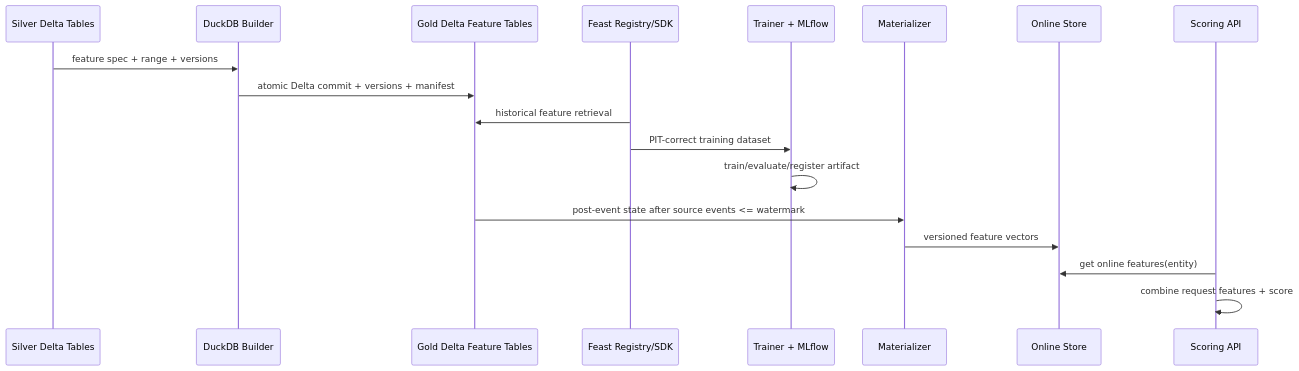
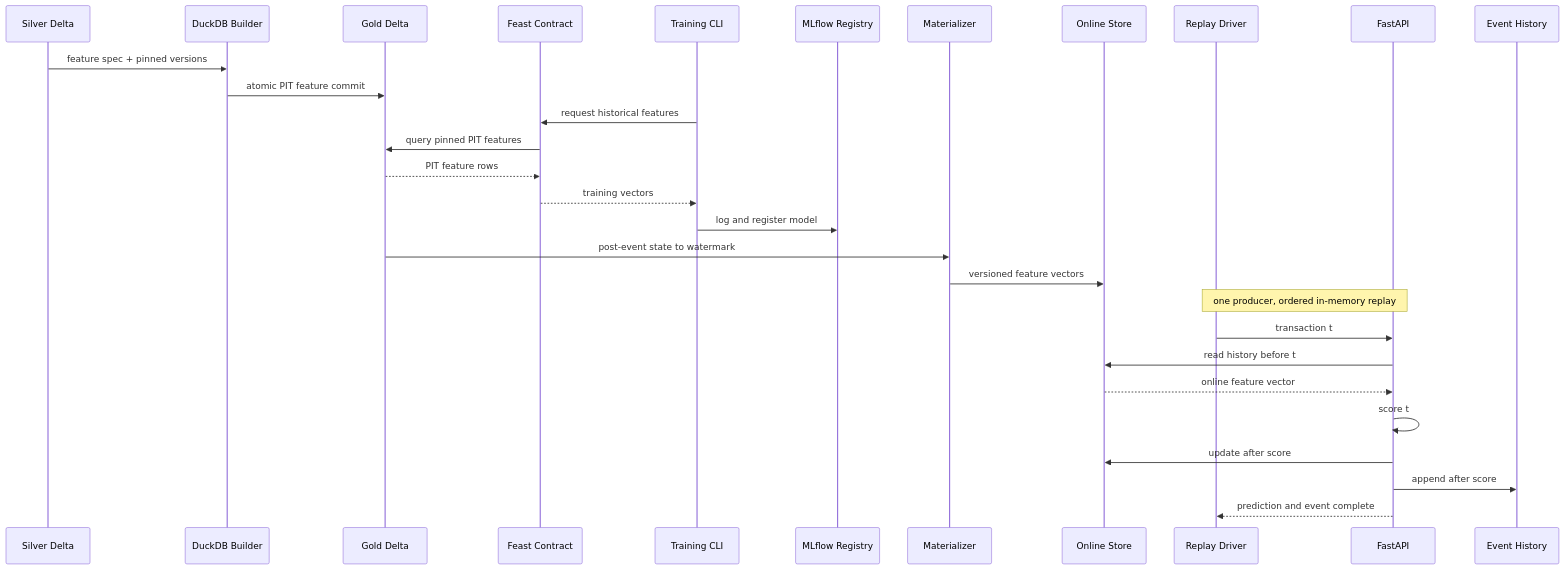
The diagram in docs/feature-store/sprint-2-implementation-guide.md (fishperson113/pit-fintech), drawn with Mermaid before and after one commit. The commit also changed other lines of this file and 17 other files, not shown here.

Commit message:
docs: pitch deck, high level architecture design

````diff
--- a/docs/feature-store/sprint-2-implementation-guide.md
+++ b/docs/feature-store/sprint-2-implementation-guide.md
@@ -56,21 +60,32 @@
 ```mermaid
 sequenceDiagram
-    participant Raw as Silver Delta Tables
+    participant Silver as Silver Delta
     participant Build as DuckDB Builder
-    participant Offline as Gold Delta Feature Tables
-    participant Feast as Feast Registry/SDK
-    participant Train as Trainer + MLflow
+    participant Gold as Gold Delta
+    participant Feast as Feast Contract
+    participant Train as Training CLI
+    participant MLflow as MLflow Registry
     participant Mat as Materializer
     participant Redis as Online Store
-    participant API as Scoring API
+    participant Producer as Replay Driver
+    participant API as FastAPI
+    participant History as Event History
 
-    Raw->>Build: feature spec + range + versions
-    Build->>Offline: atomic Delta commit + versions + manifest
-    Feast->>Offline: historical feature retrieval
-    Feast->>Train: PIT-correct training dataset
-    Train->>Train: train/evaluate/register artifact
-    Offline->>Mat: post-event state after source events <= watermark
+    Silver->>Build: feature spec + pinned versions
+    Build->>Gold: atomic PIT feature commit
+    Train->>Feast: request historical features
+    Feast->>Gold: query pinned PIT features
+    Gold-->>Feast: PIT feature rows
+    Feast-->>Train: training vectors
+    Train->>MLflow: log and register model
+    Gold->>Mat: post-event state to watermark
     Mat->>Redis: versioned feature vectors
-    API->>Redis: get online features(entity)
-    API->>API: combine request features + score
+    Note over Producer,API: one producer, ordered in-memory replay
+    Producer->>API: transaction t
+    API->>Redis: read history before t
+    Redis-->>API: online feature vector
+    API->>API: score t
+    API->>Redis: update after score
+    API->>History: append after score
+    API-->>Producer: prediction and event complete
 ```
````
